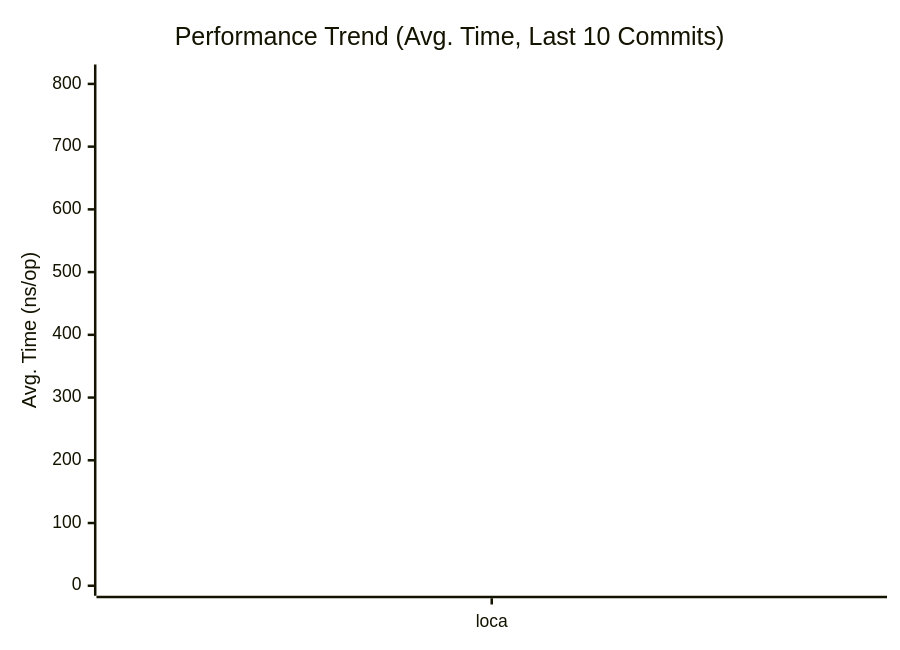
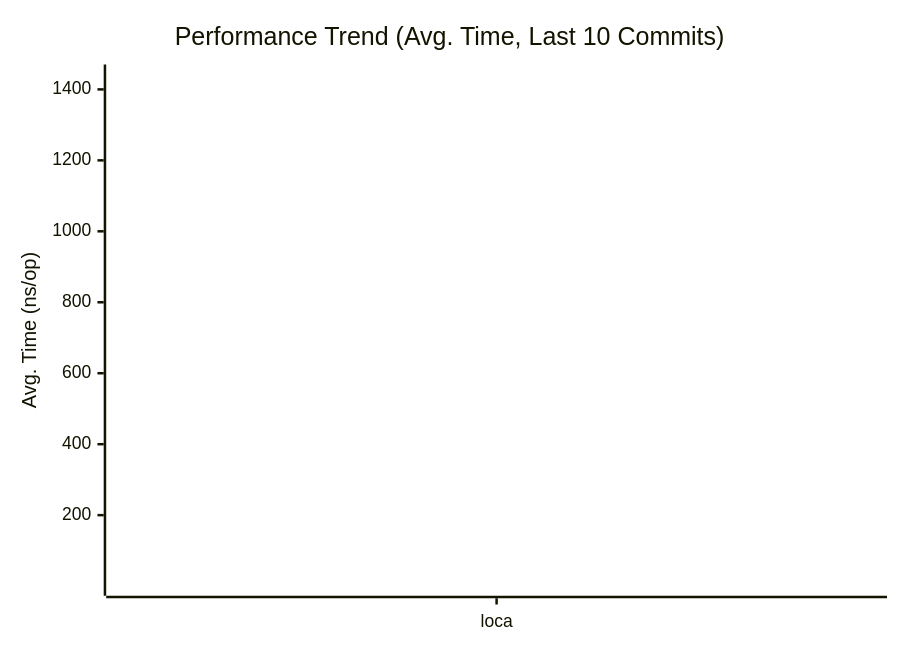
The first of 3 diagrams in docs/PERFORMANCE.md (alsotoes/momo), drawn with Mermaid before and after one commit. The commit also changed other lines of this file and 2 other files, not shown here.

````diff
--- a/docs/PERFORMANCE.md
+++ b/docs/PERFORMANCE.md
@@ -80,16 +80,16 @@
 ```mermaid
 xychart-beta
     title "Performance Trend (Avg. Time, Last 10 Commits)"
     x-axis "Commit"
     y-axis "Avg. Time (ns/op)"
     x-axis [loca]
-    line "CheckMetricsAndSwap" [7,14,7,6,6,7,7,6,8,6]
-    line "CrushOptimized" [295,618,264,255,245,263,280,255,293,317]
-    line "CrushOriginal" [426,831,362,367,368,359,367,362,401,371]
-    line "IndexDirectTracking" [0,1,0,0,0,0,0,0,0,0]
-    line "IndexSearch" [3,4,3,3,3,3,3,3,3,3]
-    line "LoadGlobalConfig" [815,1442,632,613,599,626,637,616,649,706]
-    line "PadString" [2,3,2,2,2,2,2,2,2,2]
+    line "CheckMetricsAndSwap" [14,7,6,6,7,7,6,8,6,11]
+    line "CrushOptimized" [618,264,255,245,263,280,255,293,317,357]
+    line "CrushOriginal" [831,362,367,368,359,367,362,401,371,438]
+    line "IndexDirectTracking" [1,0,0,0,0,0,0,0,0,0]
+    line "IndexSearch" [4,3,3,3,3,3,3,3,3,4]
+    line "LoadGlobalConfig" [1442,632,613,599,626,637,616,649,706,826]
+    line "PadString" [3,2,2,2,2,2,2,2,2,2]
     line "ParseReplicationOrder_NoPrealloc" [350,349,357,354,345,225,229,165,232,234]
     line "ParseReplicationOrder_Prealloc" [229,231,237,234,229,108,107,80,110,109]
 ```
````
